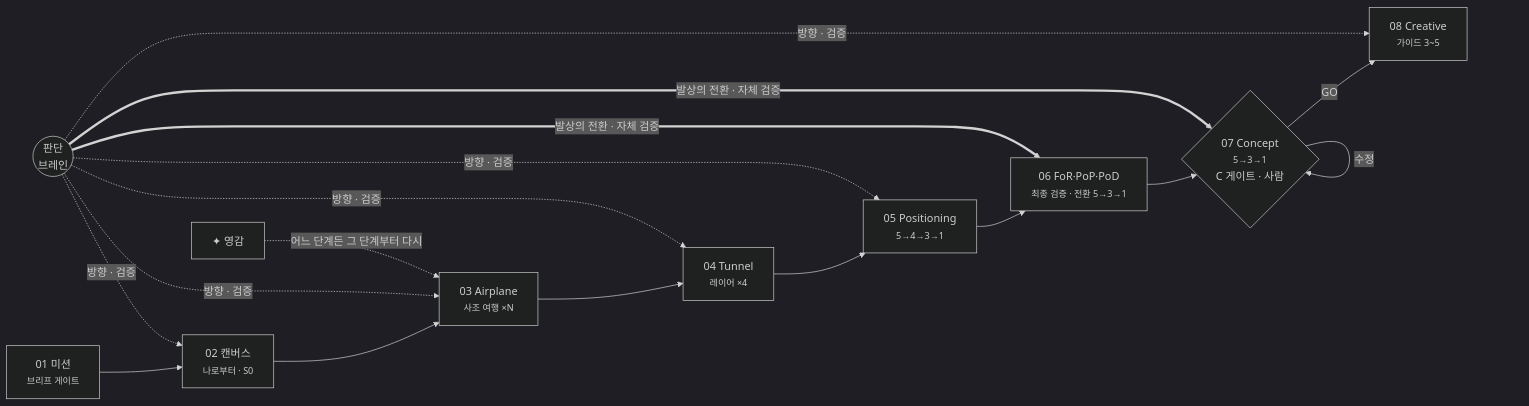
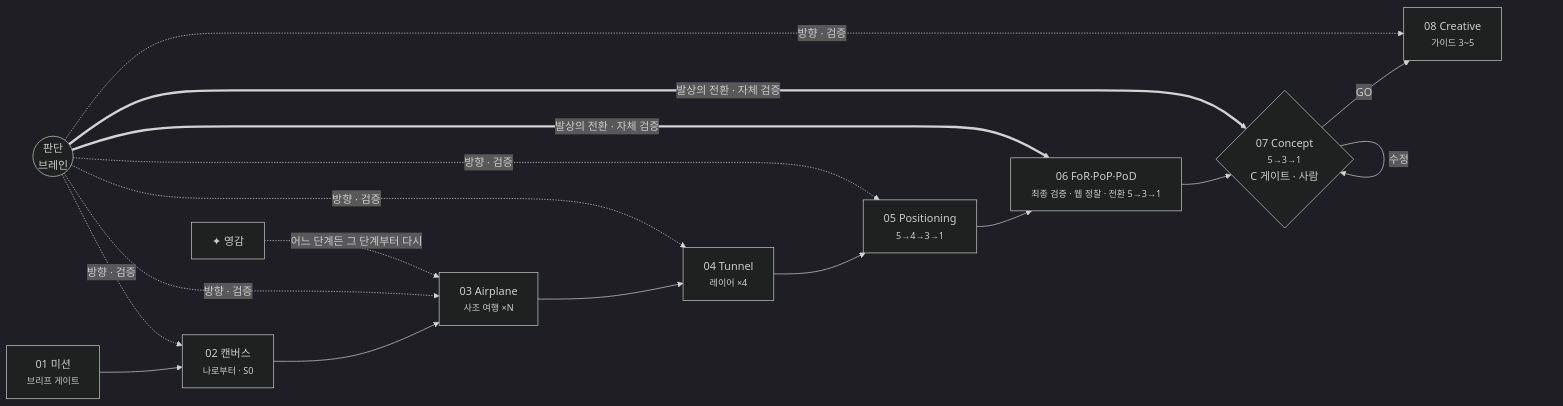
Before and after one commit to FROM-i/FREATIVE: the second of 5 diagrams in README.md, drawn with Mermaid (dark theme). The commit also changed other lines of this file and 24 other files, not shown here.

````diff
--- a/README.md
+++ b/README.md
@@ -57,14 +57,14 @@
 ```mermaid
 flowchart LR
   A["01 미션<br/><small>브리프 게이트</small>"] --> B["02 캔버스<br/><small>나로부터 · S0</small>"]
   B --> C["03 Airplane<br/><small>사조 여행 ×N</small>"]
   C --> D["04 Tunnel<br/><small>레이어 ×4</small>"]
   D --> E["05 Positioning<br/><small>5→4→3→1</small>"]
-  E --> F["06 FoR·PoP·PoD<br/><small>최종 검증 · 전환 5→3→1</small>"]
+  E --> F["06 FoR·PoP·PoD<br/><small>최종 검증 · 웹 정찰 · 전환 5→3→1</small>"]
   F --> G{"07 Concept<br/><small>5→3→1</small><br/>C 게이트 · 사람"}
   G -- GO --> H["08 Creative<br/><small>가이드 3~5</small>"]
   G -- 수정 --> G
   BR(("판단<br/>브레인")) -. 방향 · 검증 .-> B & C & D & E & H
   BR == 발상의 전환 · 자체 검증 ==> F & G
   I["✦ 영감"] -. 어느 단계든 그 단계부터 다시 .-> C
 ```
````
